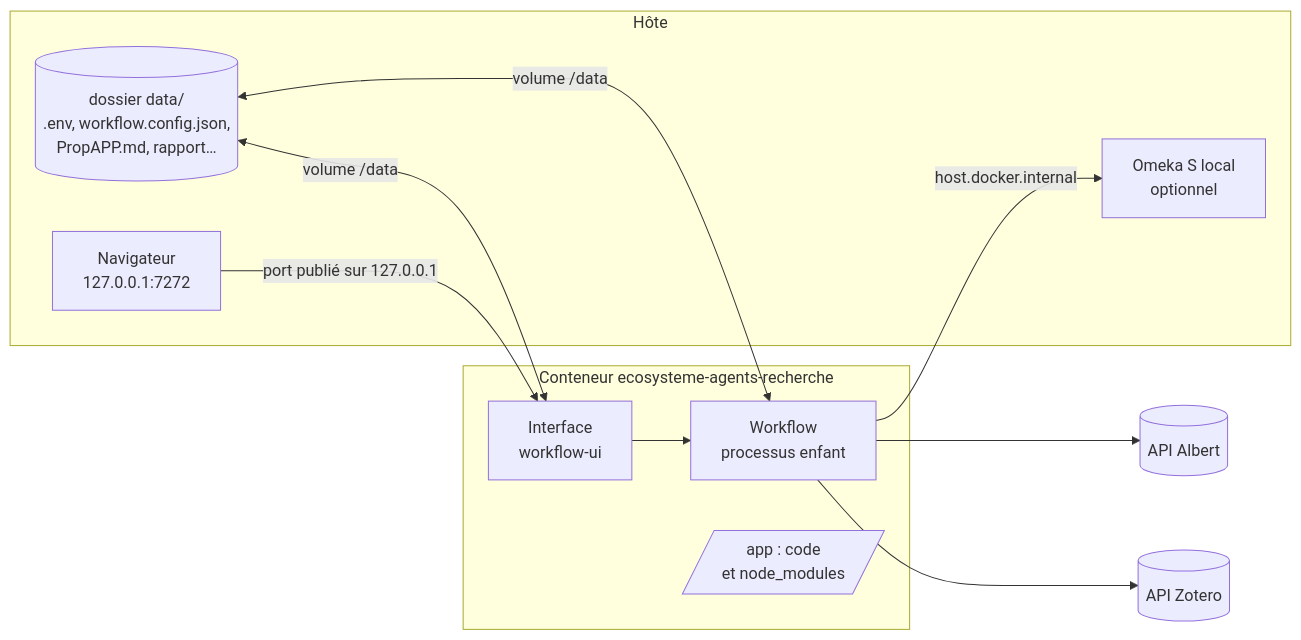
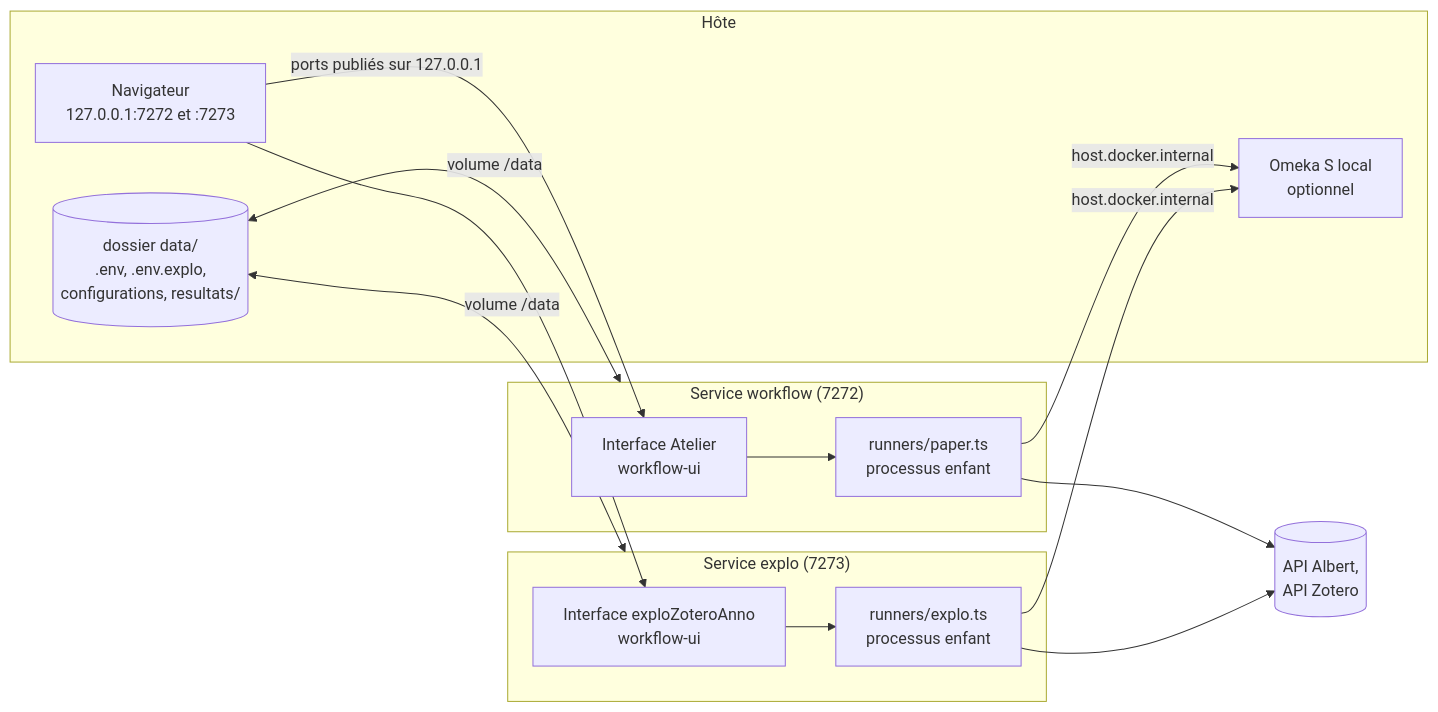
Before and after one commit to samszo/ecosysteme-agents-recherche: the second of 5 diagrams in docs/installation.md, drawn with Mermaid. The commit also changed other lines of this file and 10 other files, not shown here.

````diff
--- a/docs/installation.md
+++ b/docs/installation.md
@@ -87,20 +121,20 @@
 ```mermaid
 flowchart LR
     subgraph Hôte
-        B[Navigateur<br/>127.0.0.1:7272]
-        D[(dossier data/<br/>.env, workflow.config.json,<br/>PropAPP.md, rapport…)]
+        B[Navigateur<br/>127.0.0.1:7272 et :7273]
+        D[(dossier data/<br/>.env, .env.explo,<br/>configurations, resultats/)]
         O[Omeka S local<br/>optionnel]
     end
-    subgraph Conteneur["Conteneur ecosysteme-agents-recherche"]
-        UI[Interface<br/>workflow-ui]
-        WF[Workflow<br/>processus enfant]
-        APP[/app : code<br/>et node_modules/]
+    subgraph C1["Service workflow (7272)"]
+        UI1[Interface Atelier<br/>workflow-ui] --> WF1[runners/paper.ts<br/>processus enfant]
     end
-    B -- port publié sur 127.0.0.1 --> UI
-    UI --> WF
-    D <-- volume /data --> UI
-    D <-- volume /data --> WF
-    WF -- host.docker.internal --> O
-    WF --> Albert[(API Albert)]
-    WF --> Zotero[(API Zotero)]
+    subgraph C2["Service explo (7273)"]
+        UI2[Interface exploZoteroAnno<br/>workflow-ui] --> WF2[runners/explo.ts<br/>processus enfant]
+    end
+    B -- ports publiés sur 127.0.0.1 --> UI1
+    B --> UI2
+    D <-- volume /data --> C1
+    D <-- volume /data --> C2
+    WF1 & WF2 -- host.docker.internal --> O
+    WF1 & WF2 --> EXT[(API Albert,<br/>API Zotero)]
 ```
````
